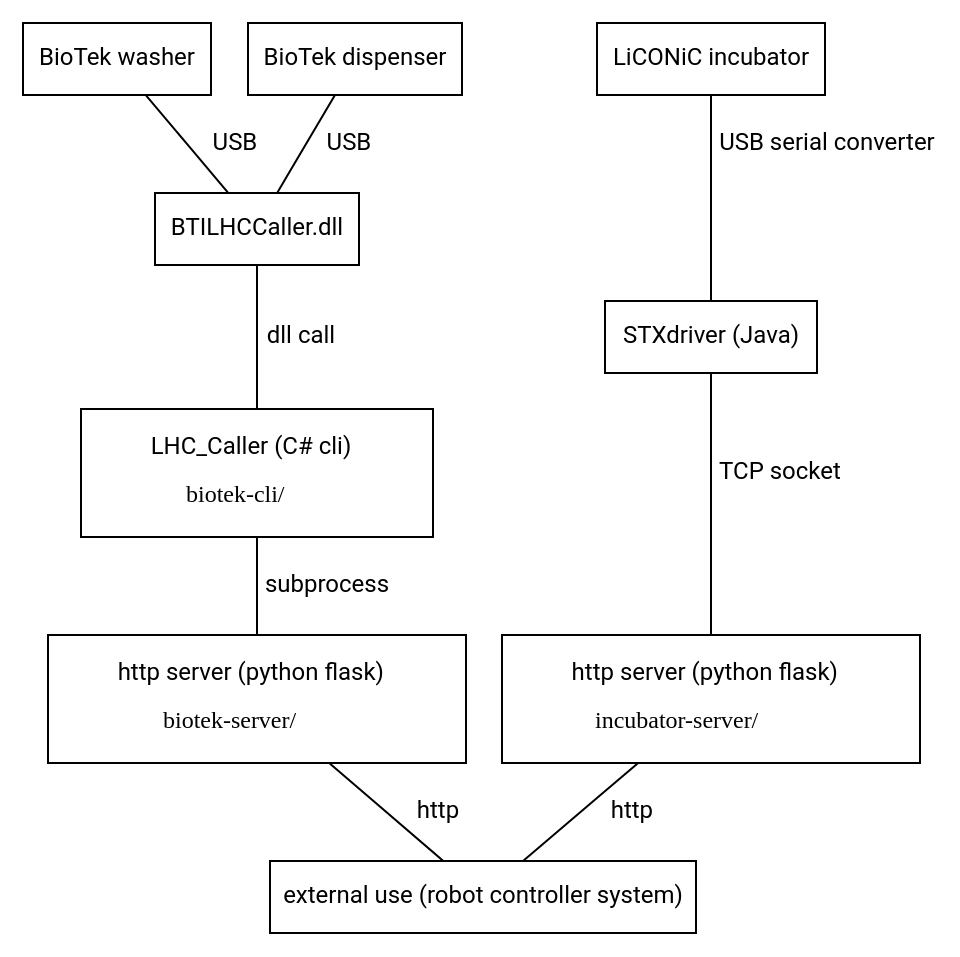
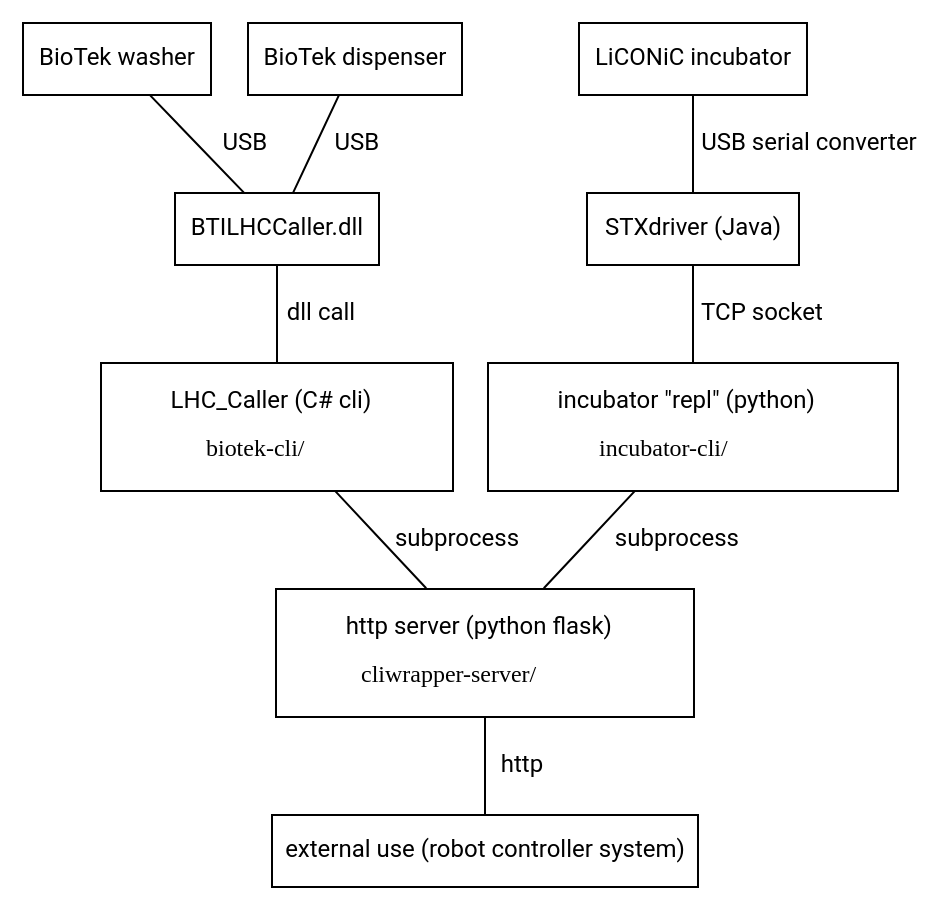
One commit to pharmbio/robotlab changed the diagram in images/overview.dot. Above: the diagram before and after it, drawn with Graphviz. The commit also changed 26 other files, not shown here.

Commit message:
Rename incubator-repl -> incubator-cli and biotek-server -> cliwrapper-server

```diff
--- a/images/overview.dot
+++ b/images/overview.dot
@@ -1,38 +1,37 @@
 # Build the svg with:
 # dot overview.dot -Tsvg -o overview.svg
 graph {
     node [fontname="Roboto", fontsize=12]
     edge [fontname="Roboto", fontsize=12]
     node [shape=box]
     wash [label="BioTek washer"]
     disp [label="BioTek dispenser"]
     incu [label="LiCONiC incubator"]
     rank=same {wash; disp; incu}
     dll [label="BTILHCCaller.dll"]
-    cli [label=<
+    biotek_cli [label=<
         LHC_Caller (C# cli)
         <BR/><BR/>
         <FONT FACE="Consolas">biotek-cli/</FONT>
     >, margin=0.2]
-    biotek_server [label=<
+    cliwrapper_server [label=<
         http server (python flask)
         <BR/><BR/>
-        <FONT FACE="Consolas">biotek-server/</FONT>
+        <FONT FACE="Consolas">cliwrapper-server/</FONT>
     >, margin=0.2]
     incu_java [label="STXdriver (Java)"]
-    incu_server [label=<
-        http server (python flask)
+    incu_cli [label=<
+        incubator "repl" (python)
         <BR/><BR/>
-        <FONT FACE="Consolas">incubator-server/</FONT>
+        <FONT FACE="Consolas">incubator-cli/</FONT>
     >, margin=0.2]
-    rank=same {biotek_server incu_server}
     wash -- dll [label="   USB"]
     disp -- dll [label="   USB"]
-    dll -- cli [label="  dll call"]
-    cli -- biotek_server [label="  subprocess"]
+    dll -- biotek_cli [label="  dll call"]
+    biotek_cli -- cliwrapper_server [label="  subprocess"]
     incu -- incu_java [label="  USB serial converter"]
-    incu_java -- incu_server [label="  TCP socket"]
+    incu_java -- incu_cli [label="  TCP socket"]
     controller [label="external use (robot controller system)"]
-    incu_server -- controller   [label="    http"]
-    biotek_server -- controller [label="    http"]
+    incu_cli -- cliwrapper_server [label="    subprocess"]
+    cliwrapper_server -- controller [label="   http"]
 }
```
